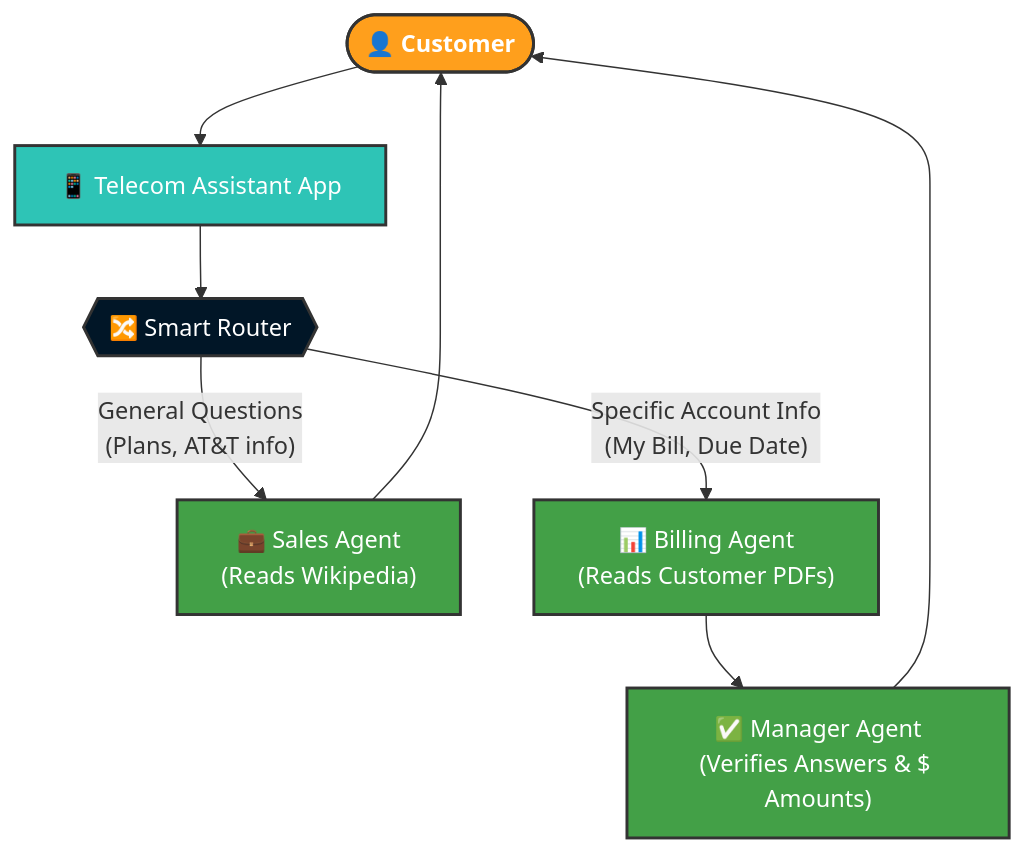
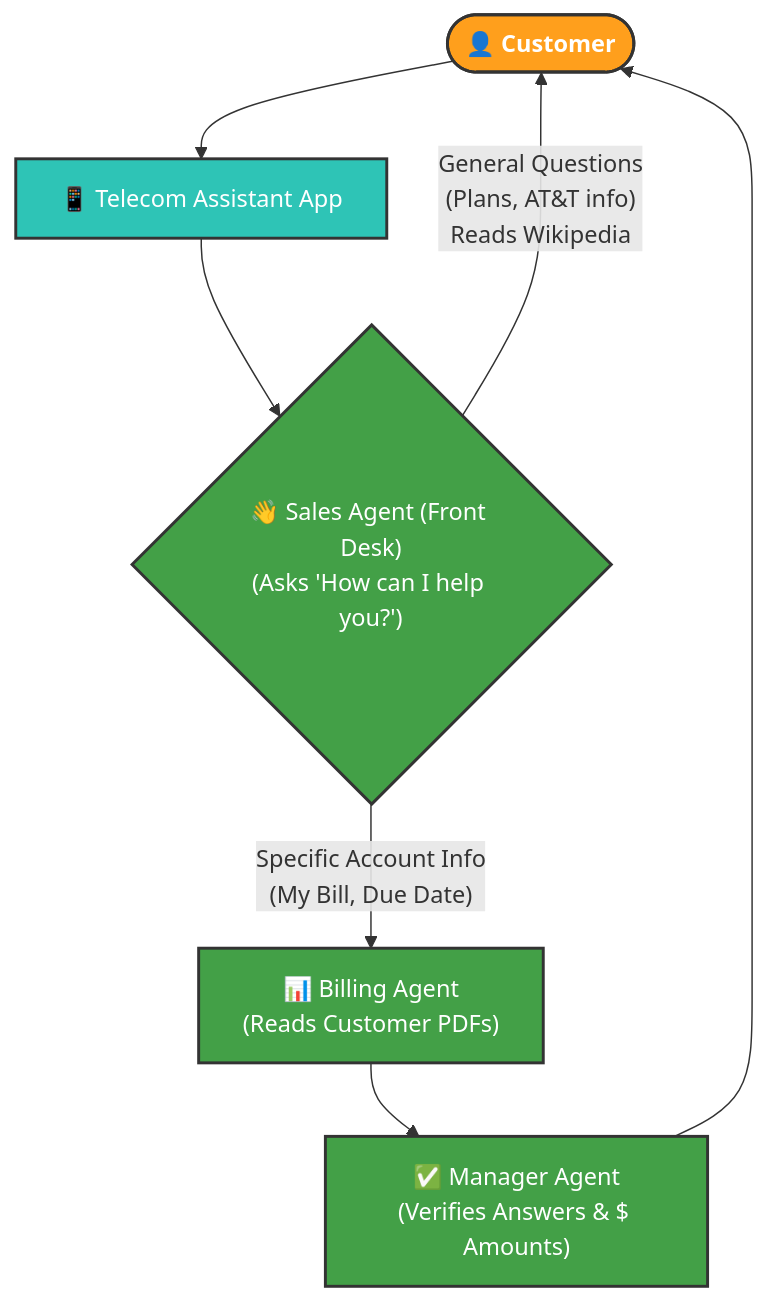
One commit to satbecse/telecom-billing-agentic-ai changed the first of 2 diagrams in README.md. Above: the diagram before and after it, drawn with Mermaid. The commit also changed other lines of this file and 1 other file, not shown here.

Commit message:
docs: Update architecture diagrams and runbook to reflect Sales Agent as router

````diff
--- a/README.md
+++ b/README.md
@@ -22,20 +22,19 @@
 ```mermaid
 graph TD
     %% Styling
     classDef user fill:#FF9F1C,stroke:#333,stroke-width:2px,color:#fff,font-weight:bold
     classDef app fill:#2EC4B6,stroke:#333,stroke-width:2px,color:#fff
     classDef router fill:#011627,stroke:#333,stroke-width:2px,color:#fff,shape:hexagon
     classDef agent fill:#43A047,stroke:#333,stroke-width:2px,color:#fff,shape:rect
     classDef manager fill:#E71D36,stroke:#333,stroke-width:2px,color:#fff,shape:rect
 
     User([👤 Customer]):::user --> App[📱 Telecom Assistant App]:::app
-    App --> Router{{🔀 Smart Router}}:::router
+    App --> FrontDesk{"👋 Sales Agent (Front Desk)\n(Asks 'How can I help you?')"}:::agent
     
-    Router -- "General Questions\n(Plans, AT&T info)" --> Sales["💼 Sales Agent\n(Reads Wikipedia)"]:::agent
-    Router -- "Specific Account Info\n(My Bill, Due Date)" --> Billing["📊 Billing Agent\n(Reads Customer PDFs)"]:::agent
+    FrontDesk -- "General Questions\n(Plans, AT&T info)\nReads Wikipedia" --> User
+    FrontDesk -- "Specific Account Info\n(My Bill, Due Date)" --> Billing["📊 Billing Agent\n(Reads Customer PDFs)"]:::agent
     
-    Sales --> User
     Billing --> QA["✅ Manager Agent\n(Verifies Answers & $ Amounts)"]:::agent
     
     QA --> User
 ```
````
